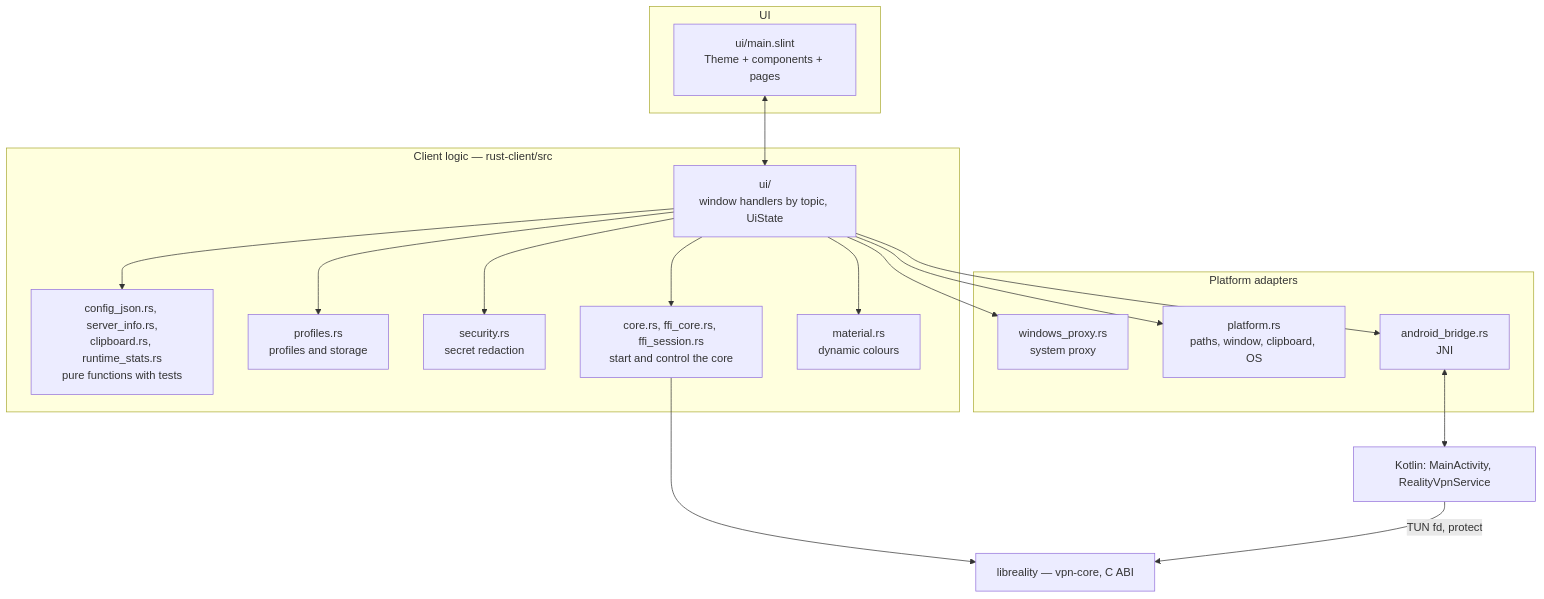
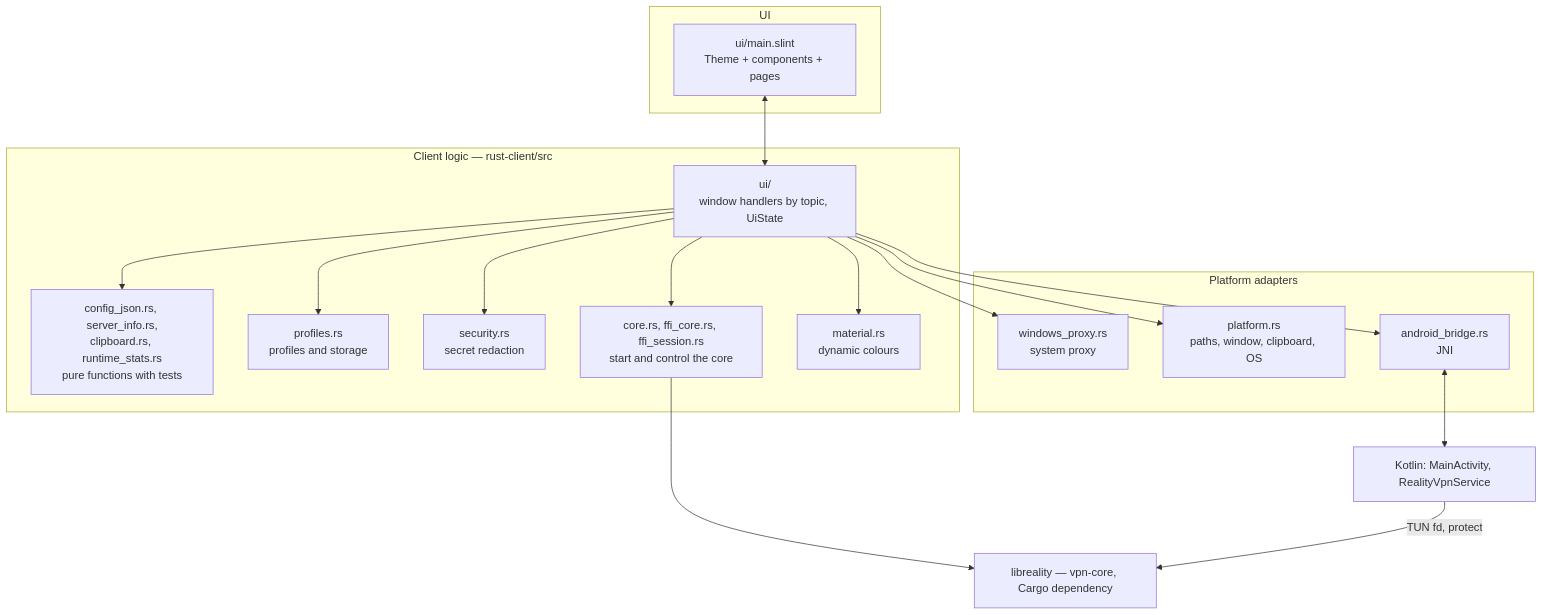
The first of 2 diagrams in docs/ARCHITECTURE.en.md (ERGFT/reality-client), drawn with Mermaid before and after one commit. The commit also changed other lines of this file and 32 other files, not shown here.

First line of the commit message:
build: vpn-core as a Cargo dependency instead of dlopen (stage 4, part 2)

````diff
--- a/docs/ARCHITECTURE.en.md
+++ b/docs/ARCHITECTURE.en.md
@@ -22,28 +22,28 @@
 ```mermaid
 flowchart TB
   subgraph UI[UI]
     S[ui/main.slint<br/>Theme + components + pages]
   end
   subgraph APP[Client logic — rust-client/src]
     UIM[ui/<br/>window handlers by topic, UiState]
     PURE[config_json.rs, server_info.rs,<br/>clipboard.rs, runtime_stats.rs<br/>pure functions with tests]
     PR[profiles.rs<br/>profiles and storage]
     SEC[security.rs<br/>secret redaction]
     CORE[core.rs, ffi_core.rs, ffi_session.rs<br/>start and control the core]
     MAT[material.rs<br/>dynamic colours]
   end
   subgraph PLAT[Platform adapters]
     WP[windows_proxy.rs<br/>system proxy]
     PF[platform.rs<br/>paths, window, clipboard, OS]
     AB[android_bridge.rs<br/>JNI]
   end
   K[Kotlin: MainActivity, RealityVpnService]
-  LR[libreality — vpn-core, C ABI]
+  LR[libreality — vpn-core, Cargo dependency]
 
   S <--> UIM
   UIM --> PURE & PR & SEC & CORE & MAT
   UIM --> WP & PF & AB
   CORE --> LR
   AB <--> K
   K -- TUN fd, protect --> LR
 ```
````
